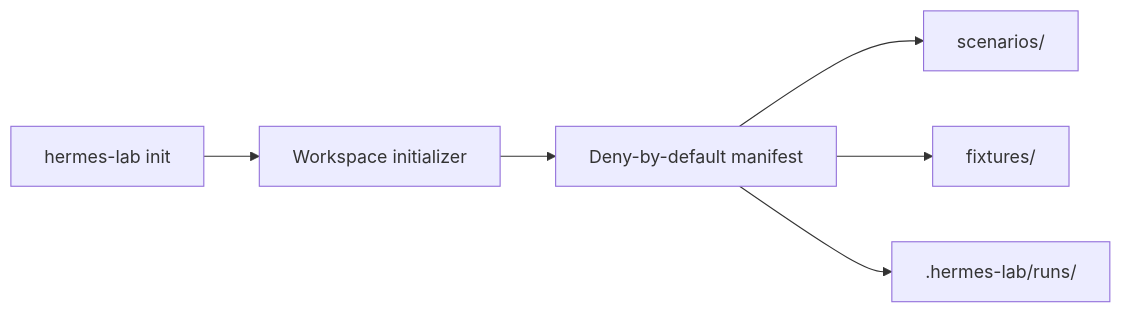
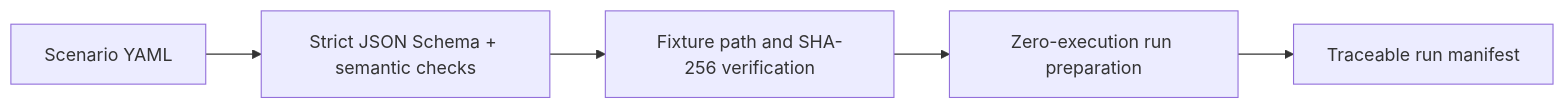
The diagram in README.md (guuszz/hermes-agent-security-lab), drawn with Mermaid before and after one commit. The commit also changed other lines of this file and 23 other files, not shown here.

````diff
--- a/README.md
+++ b/README.md
@@ -20,8 +20,7 @@
 ```mermaid
 flowchart LR
-    CLI["hermes-lab init"] --> INIT["Workspace initializer"]
-    INIT --> MANIFEST["Deny-by-default manifest"]
-    MANIFEST --> SCENARIOS["scenarios/"]
-    MANIFEST --> FIXTURES["fixtures/"]
-    MANIFEST --> RUNS[".hermes-lab/runs/"]
+    YAML["Scenario YAML"] --> VALIDATE["Strict JSON Schema + semantic checks"]
+    VALIDATE --> HASH["Fixture path and SHA-256 verification"]
+    HASH --> PREPARE["Zero-execution run preparation"]
+    PREPARE --> MANIFEST["Traceable run manifest"]
 ```
````
